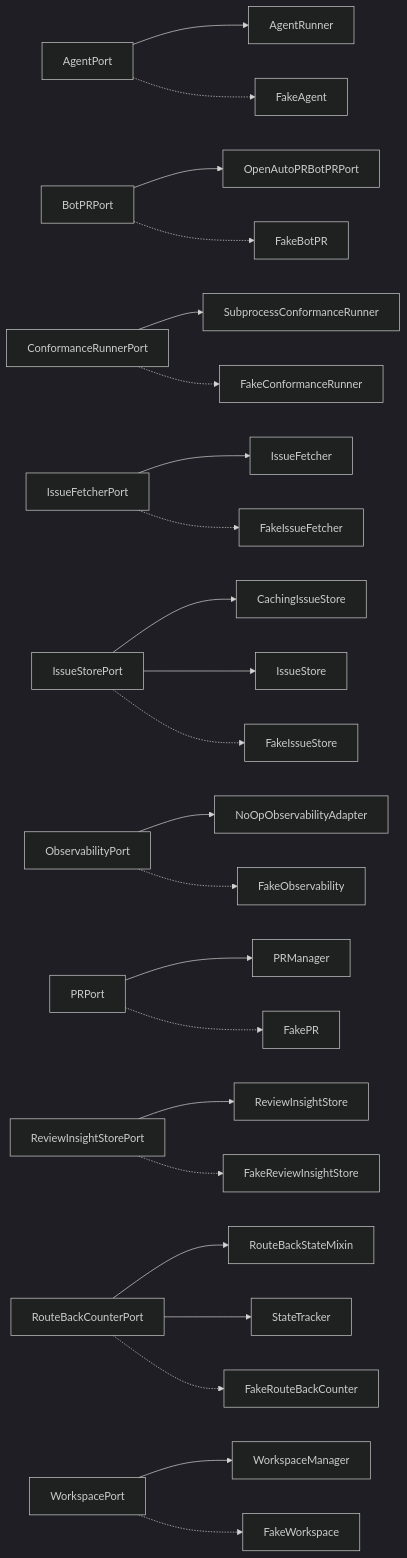
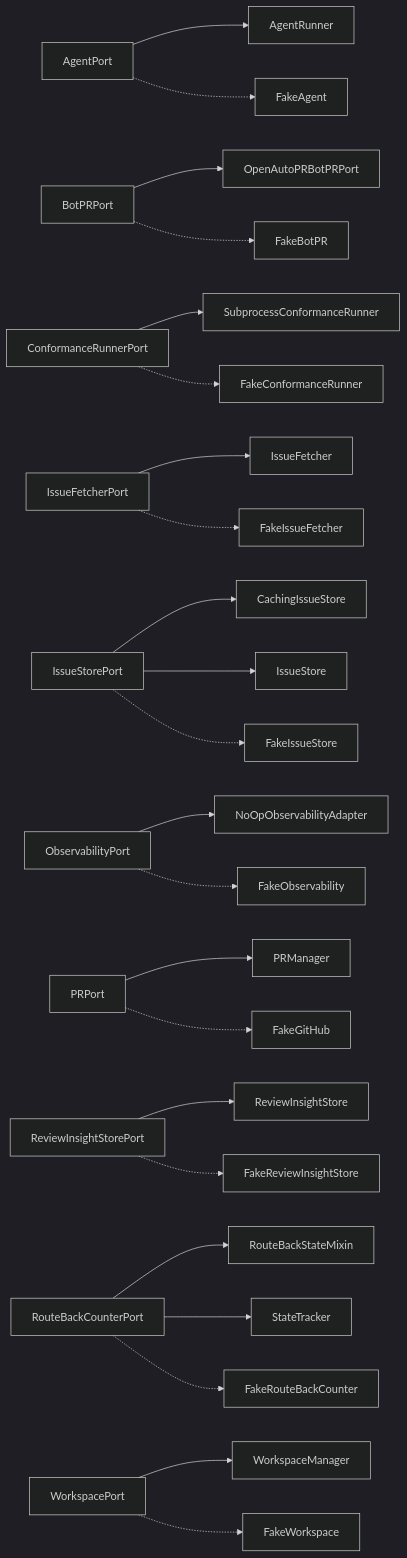
One commit to T-rav/hydraflow changed the diagram in docs/arch/generated/ports.md. Above: the diagram before and after it, drawn with Mermaid (dark theme). The commit also changed other lines of this file and 6 other files, not shown here.

````diff
--- a/docs/arch/generated/ports.md
+++ b/docs/arch/generated/ports.md
@@ -7,25 +7,25 @@
 ```mermaid
 graph LR
     AgentPort --> AgentRunner
     AgentPort -.-> FakeAgent
     BotPRPort --> OpenAutoPRBotPRPort
     BotPRPort -.-> FakeBotPR
     ConformanceRunnerPort --> SubprocessConformanceRunner
     ConformanceRunnerPort -.-> FakeConformanceRunner
     IssueFetcherPort --> IssueFetcher
     IssueFetcherPort -.-> FakeIssueFetcher
     IssueStorePort --> CachingIssueStore
     IssueStorePort --> IssueStore
     IssueStorePort -.-> FakeIssueStore
     ObservabilityPort --> NoOpObservabilityAdapter
     ObservabilityPort -.-> FakeObservability
     PRPort --> PRManager
-    PRPort -.-> FakePR
+    PRPort -.-> FakeGitHub
     ReviewInsightStorePort --> ReviewInsightStore
     ReviewInsightStorePort -.-> FakeReviewInsightStore
     RouteBackCounterPort --> RouteBackStateMixin
     RouteBackCounterPort --> StateTracker
     RouteBackCounterPort -.-> FakeRouteBackCounter
     WorkspacePort --> WorkspaceManager
     WorkspacePort -.-> FakeWorkspace
 ```
````
